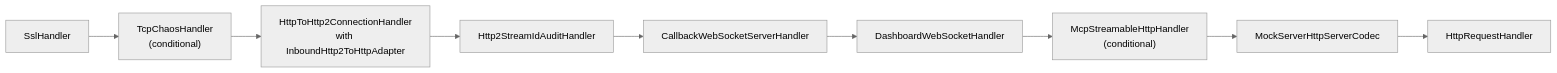
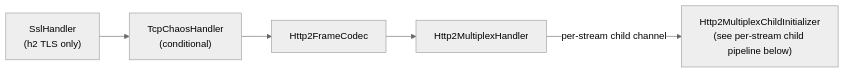
Before and after one commit to mock-server/mockserver-monorepo: the fourth of 18 diagrams in docs/code/netty-pipeline.md, drawn with Mermaid (neutral theme). The commit also changed other lines of this file and 10 other files, not shown here.

````diff
--- a/docs/code/netty-pipeline.md
+++ b/docs/code/netty-pipeline.md
@@ -229,14 +230,10 @@
 ```mermaid
 graph LR
-    SSL[SslHandler] --> TCH["TcpChaosHandler
+    SSL["SslHandler
+(h2 TLS only)"] --> TCH["TcpChaosHandler
 (conditional)"]
-    TCH --> H2C["HttpToHttp2ConnectionHandler
-with InboundHttp2ToHttpAdapter"]
-    H2C --> AUDIT[Http2StreamIdAuditHandler]
-    AUDIT --> F[CallbackWebSocketServerHandler]
-    F --> G[DashboardWebSocketHandler]
-    G --> MCP["McpStreamableHttpHandler
-(conditional)"]
-    MCP --> H[MockServerHttpServerCodec]
-    H --> I[HttpRequestHandler]
+    TCH --> FC[Http2FrameCodec]
+    FC --> MUX[Http2MultiplexHandler]
+    MUX -->|"per-stream child channel"| CHILD["Http2MultiplexChildInitializer
+(see per-stream child pipeline below)"]
 ```
````
